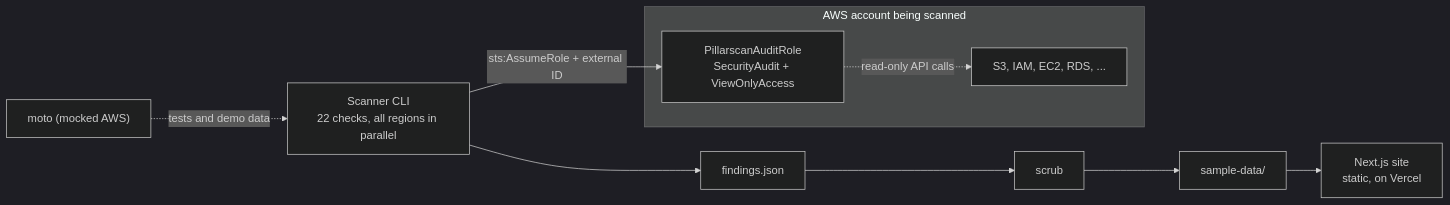
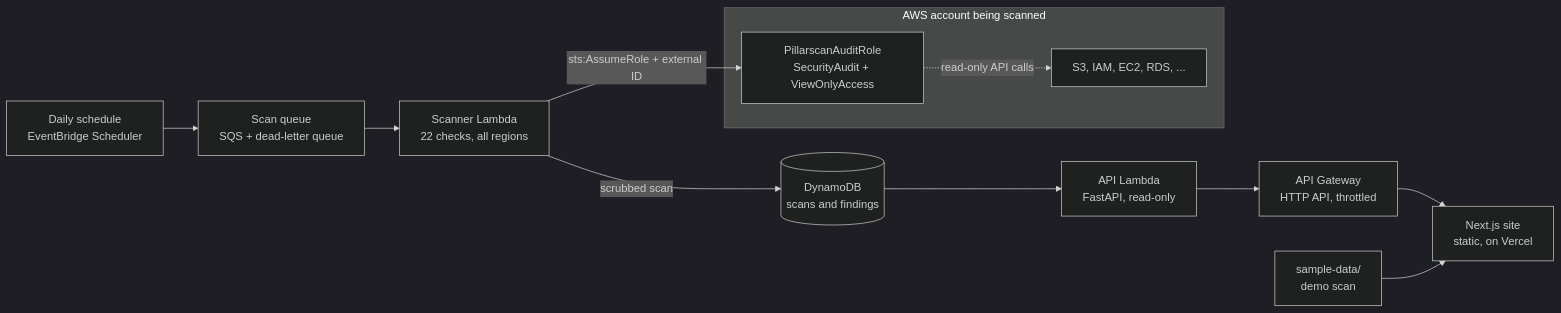
One commit to Asiwomex/Pillarscan changed the diagram in README.md. Above: the diagram before and after it, drawn with Mermaid (dark theme). The commit also changed other lines of this file and 32 other files, not shown here.

First line of the commit message:
Add the backend: daily scans on Lambda, stored in DynamoDB, served by an API

````diff
--- a/README.md
+++ b/README.md
@@ -26,19 +27,22 @@
 ```mermaid
 flowchart LR
+    schedule["Daily schedule<br/>EventBridge Scheduler"]
+    queue["Scan queue<br/>SQS + dead-letter queue"]
+    scanner["Scanner Lambda<br/>22 checks, all regions"]
+    table[("DynamoDB<br/>scans and findings")]
+    api["API Lambda<br/>FastAPI, read-only"]
+    gateway["API Gateway<br/>HTTP API, throttled"]
+    site["Next.js site<br/>static, on Vercel"]
+
     subgraph account["AWS account being scanned"]
         role["PillarscanAuditRole<br/>SecurityAudit + ViewOnlyAccess"]
         resources["S3, IAM, EC2, RDS, ..."]
         role -. "read-only API calls" .-> resources
     end
 
-    scanner["Scanner CLI<br/>22 checks, all regions in parallel"]
-    findings["findings.json"]
-    scrub["scrub"]
-    sample["sample-data/"]
-    site["Next.js site<br/>static, on Vercel"]
-
+    schedule --> queue --> scanner
     scanner -- "sts:AssumeRole + external ID" --> role
-    scanner --> findings --> scrub --> sample --> site
-
-    moto["moto (mocked AWS)"] -. "tests and demo data" .-> scanner
+    scanner -- "scrubbed scan" --> table
+    table --> api --> gateway --> site
+    sample["sample-data/<br/>demo scan"] --> site
 ```
````
